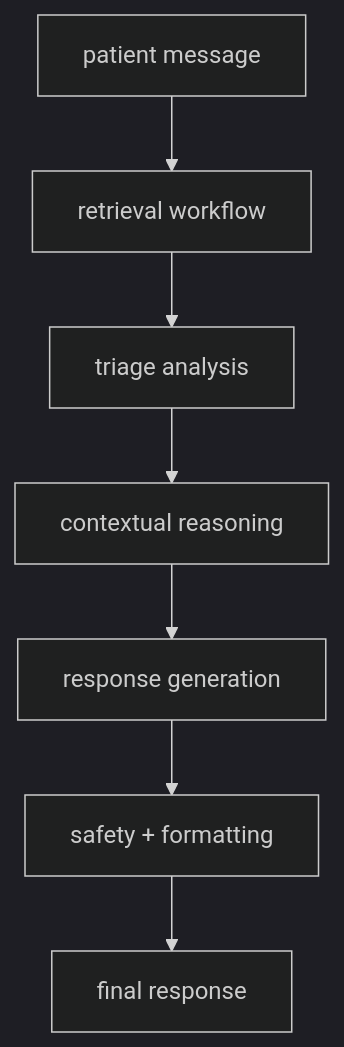
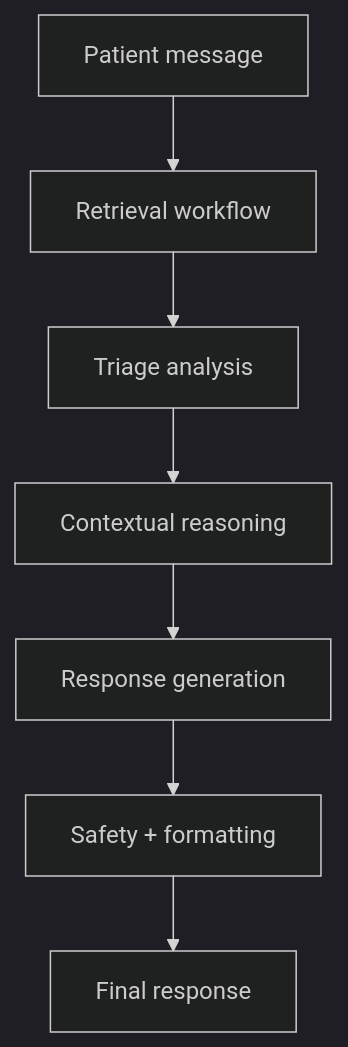
One commit to Dipurajasaha/DocTalk changed the seventh of 11 diagrams in backend/backend.md. Above: the diagram before and after it, drawn with Mermaid (dark theme). The commit also changed other lines of this file and 11 other files, not shown here.

````diff
--- a/backend/backend.md
+++ b/backend/backend.md
@@ -978,9 +416,9 @@
 ```mermaid
 flowchart TD
-    PM[patient message] --> RN[retrieval workflow]
-    RN --> TN[triage analysis]
-    TN --> CN[contextual reasoning]
-    CN --> AI[response generation]
-    AI --> SN[safety + formatting]
-    SN --> RESP[final response]
+    PM["Patient message"] --> RN["Retrieval workflow"]
+    RN --> TN["Triage analysis"]
+    TN --> CN["Contextual reasoning"]
+    CN --> AI["Response generation"]
+    AI --> FN["Safety + formatting"]
+    FN --> RESP["Final response"]
 ```
````
